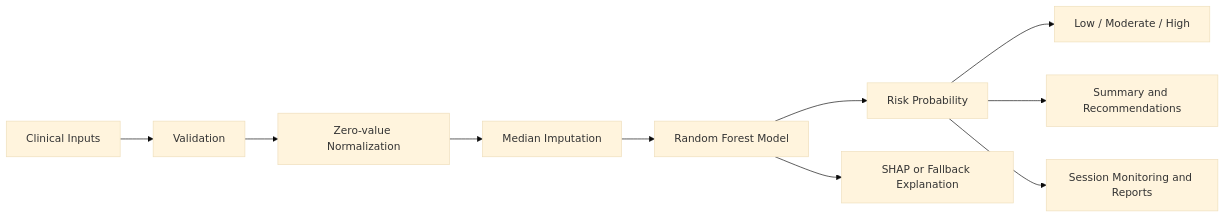
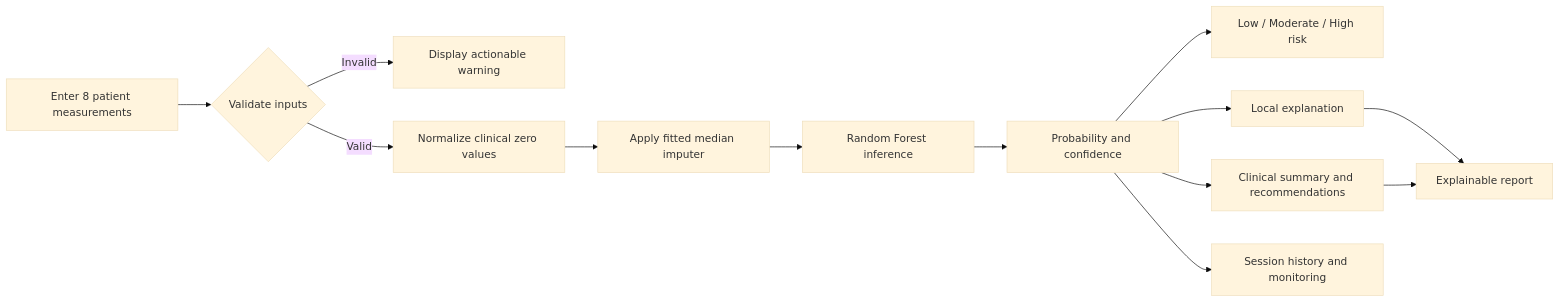
One commit to Sam-wan30/GlucoSight-AI changed the first of 4 diagrams in README.md. Above: the diagram before and after it, drawn with Mermaid (base theme). The commit also changed other lines of this file, not shown here.

````diff
--- a/README.md
+++ b/README.md
@@ -53,12 +110,15 @@
 ```mermaid
 flowchart LR
-    A[Clinical Inputs] --> B[Validation]
-    B --> C[Zero-value Normalization]
-    C --> D[Median Imputation]
-    D --> E[Random Forest Model]
-    E --> F[Risk Probability]
-    F --> G[Low / Moderate / High]
-    E --> H[SHAP or Fallback Explanation]
-    F --> I[Summary and Recommendations]
-    F --> J[Session Monitoring and Reports]
+    A[Enter 8 patient measurements] --> B{Validate inputs}
+    B -->|Invalid| C[Display actionable warning]
+    B -->|Valid| D[Normalize clinical zero values]
+    D --> E[Apply fitted median imputer]
+    E --> F[Random Forest inference]
+    F --> G[Probability and confidence]
+    G --> H[Low / Moderate / High risk]
+    G --> I[Local explanation]
+    G --> J[Clinical summary and recommendations]
+    G --> K[Session history and monitoring]
+    I --> L[Explainable report]
+    J --> L
 ```
````
